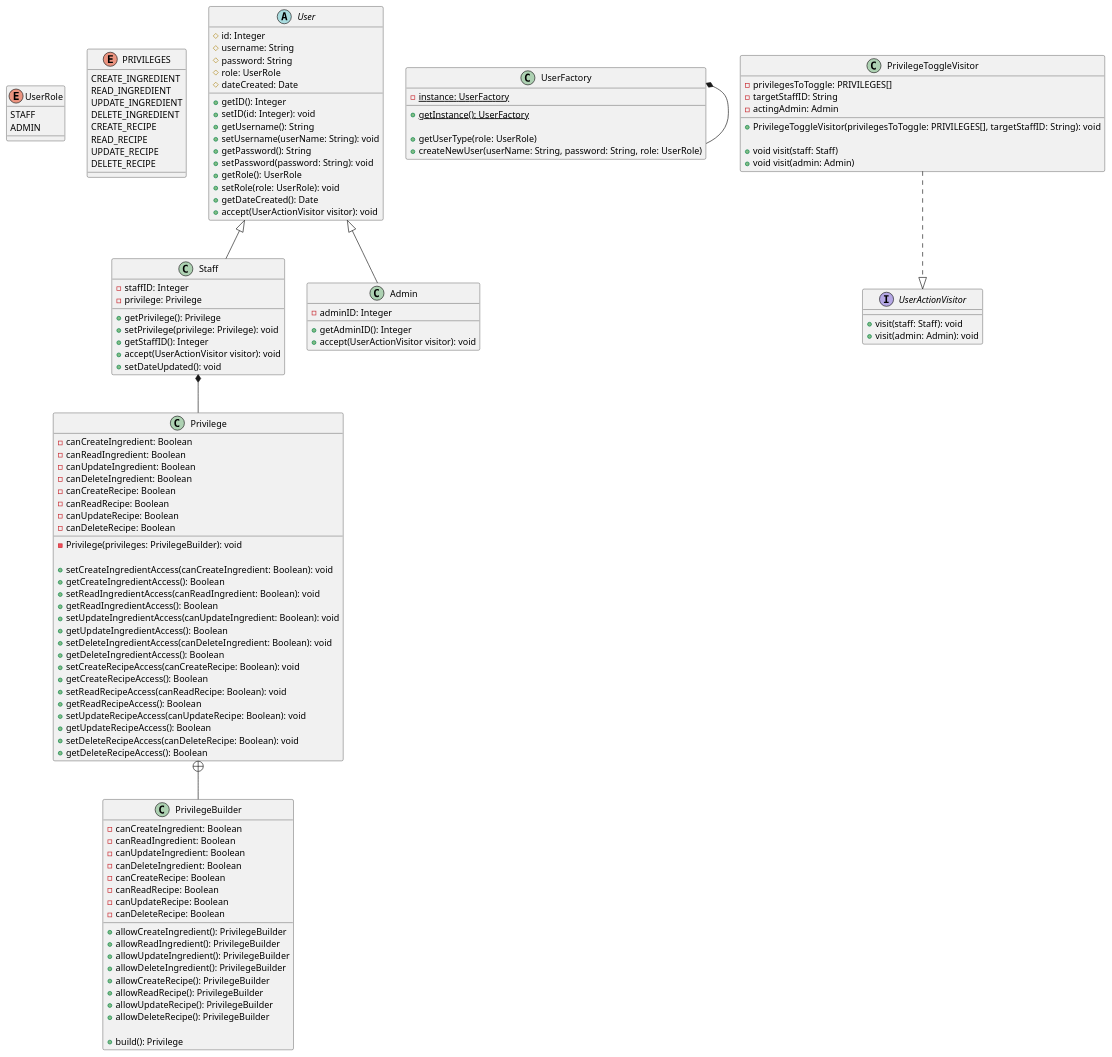
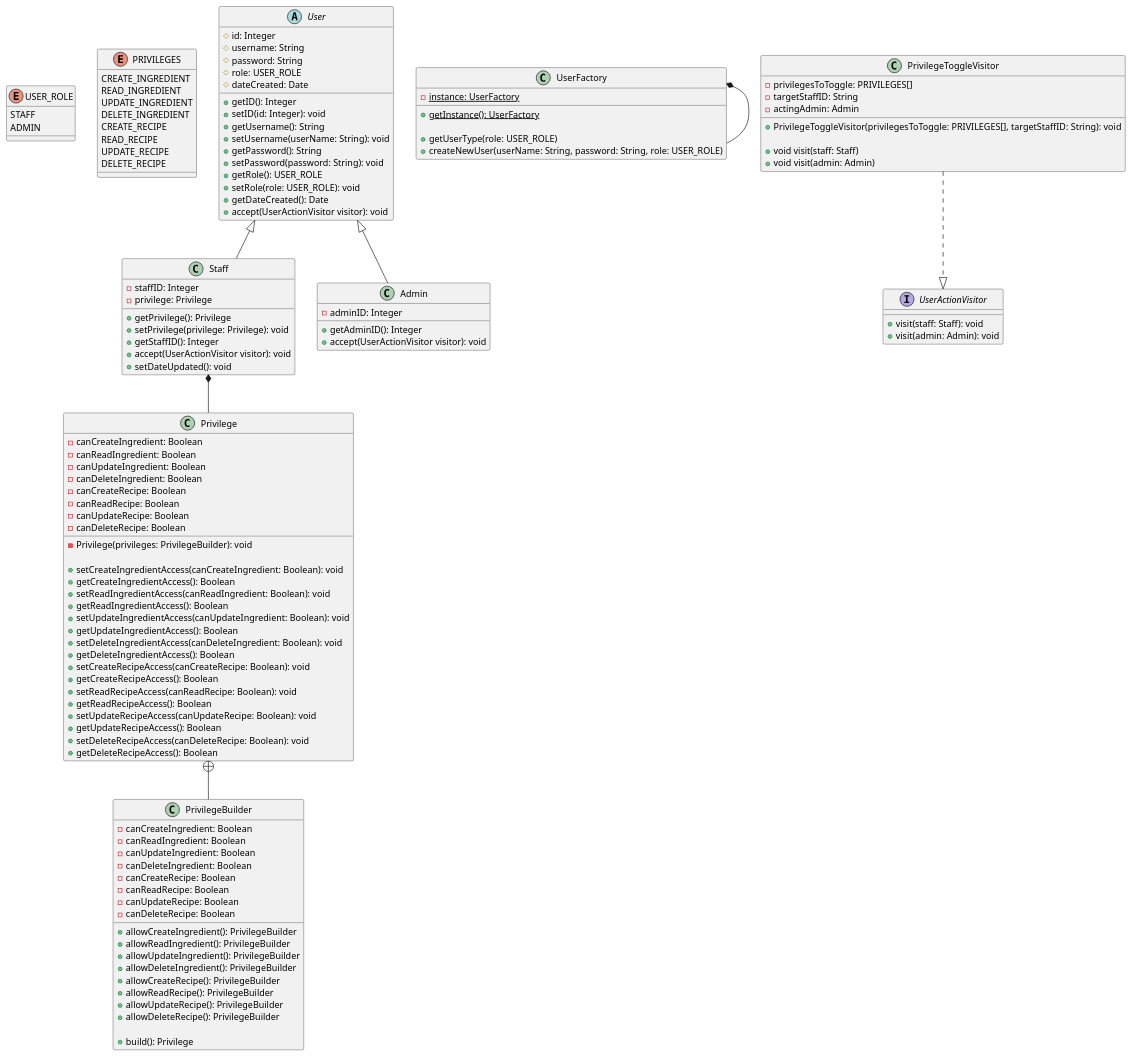
Before and after one commit to AlanCortez1337/cs5800-project: the diagram in backend/src/documentation/classDiagrams/UserModels.puml, drawn with PlantUML. The commit also changed 8 other files, not shown here.

```diff
--- a/backend/src/documentation/classDiagrams/UserModels.puml
+++ b/backend/src/documentation/classDiagrams/UserModels.puml
@@ -1,143 +1,143 @@
 @startuml
 'https://plantuml.com/class-diagram
 
-enum UserRole {
+enum USER_ROLE {
     STAFF
     ADMIN
 }
 
 enum PRIVILEGES {
     CREATE_INGREDIENT
     READ_INGREDIENT
     UPDATE_INGREDIENT
     DELETE_INGREDIENT
     CREATE_RECIPE
     READ_RECIPE
     UPDATE_RECIPE
     DELETE_RECIPE
 }
 
 abstract User {
     # id: Integer
     # username: String
     # password: String
-    # role: UserRole
+    # role: USER_ROLE
     # dateCreated: Date
 
     + getID(): Integer
     + setID(id: Integer): void
     + getUsername(): String
     + setUsername(userName: String): void
     + getPassword(): String
     + setPassword(password: String): void
-    + getRole(): UserRole
-    + setRole(role: UserRole): void
+    + getRole(): USER_ROLE
+    + setRole(role: USER_ROLE): void
     + getDateCreated(): Date
     + accept(UserActionVisitor visitor): void
 }
 
 class Privilege {
     - canCreateIngredient: Boolean
     - canReadIngredient: Boolean
     - canUpdateIngredient: Boolean
     - canDeleteIngredient: Boolean
     - canCreateRecipe: Boolean
     - canReadRecipe: Boolean
     - canUpdateRecipe: Boolean
     - canDeleteRecipe: Boolean
 
     - Privilege(privileges: PrivilegeBuilder): void
 
     + setCreateIngredientAccess(canCreateIngredient: Boolean): void
     + getCreateIngredientAccess(): Boolean
     + setReadIngredientAccess(canReadIngredient: Boolean): void
     + getReadIngredientAccess(): Boolean
     + setUpdateIngredientAccess(canUpdateIngredient: Boolean): void
     + getUpdateIngredientAccess(): Boolean
     + setDeleteIngredientAccess(canDeleteIngredient: Boolean): void
     + getDeleteIngredientAccess(): Boolean
     + setCreateRecipeAccess(canCreateRecipe: Boolean): void
     + getCreateRecipeAccess(): Boolean
     + setReadRecipeAccess(canReadRecipe: Boolean): void
     + getReadRecipeAccess(): Boolean
     + setUpdateRecipeAccess(canUpdateRecipe: Boolean): void
     + getUpdateRecipeAccess(): Boolean
     + setDeleteRecipeAccess(canDeleteRecipe: Boolean): void
     + getDeleteRecipeAccess(): Boolean
 }
 
 class PrivilegeBuilder {
     - canCreateIngredient: Boolean
     - canReadIngredient: Boolean
     - canUpdateIngredient: Boolean
     - canDeleteIngredient: Boolean
     - canCreateRecipe: Boolean
     - canReadRecipe: Boolean
     - canUpdateRecipe: Boolean
     - canDeleteRecipe: Boolean
 
     + allowCreateIngredient(): PrivilegeBuilder
     + allowReadIngredient(): PrivilegeBuilder
     + allowUpdateIngredient(): PrivilegeBuilder
     + allowDeleteIngredient(): PrivilegeBuilder
     + allowCreateRecipe(): PrivilegeBuilder
     + allowReadRecipe(): PrivilegeBuilder
     + allowUpdateRecipe(): PrivilegeBuilder
     + allowDeleteRecipe(): PrivilegeBuilder
 
     + build(): Privilege
 }
 
 Privilege +-- PrivilegeBuilder
 
 class Staff {
     - staffID: Integer
     - privilege: Privilege
 
     + getPrivilege(): Privilege
     + setPrivilege(privilege: Privilege): void
     + getStaffID(): Integer
     + accept(UserActionVisitor visitor): void
     + setDateUpdated(): void
 }
 
 class Admin {
     - adminID: Integer
 
     + getAdminID(): Integer
     + accept(UserActionVisitor visitor): void
 }
 
 class UserFactory {
     - {static} instance: UserFactory
     + {static} getInstance(): UserFactory
 
-    + getUserType(role: UserRole)
-    + createNewUser(userName: String, password: String, role: UserRole)
+    + getUserType(role: USER_ROLE)
+    + createNewUser(userName: String, password: String, role: USER_ROLE)
 }
 
 UserFactory *-- UserFactory
 
 interface UserActionVisitor {
     + visit(staff: Staff): void
     + visit(admin: Admin): void
 }
 
 class PrivilegeToggleVisitor {
     - privilegesToToggle: PRIVILEGES[]
     - targetStaffID: String
     - actingAdmin: Admin
 
     + PrivilegeToggleVisitor(privilegesToToggle: PRIVILEGES[], targetStaffID: String): void
 
     + void visit(staff: Staff)
     + void visit(admin: Admin)
 }
 
 PrivilegeToggleVisitor ..|> UserActionVisitor
 
 Staff *-- Privilege
 User <|-- Staff
 User <|-- Admin
 
 @enduml
```
